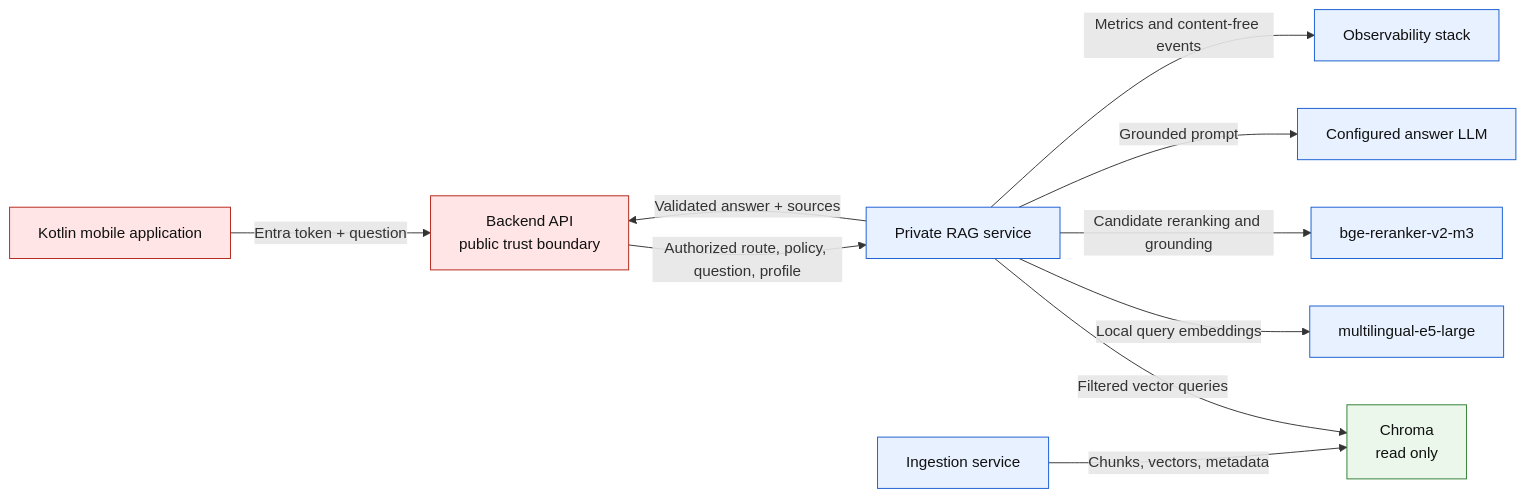
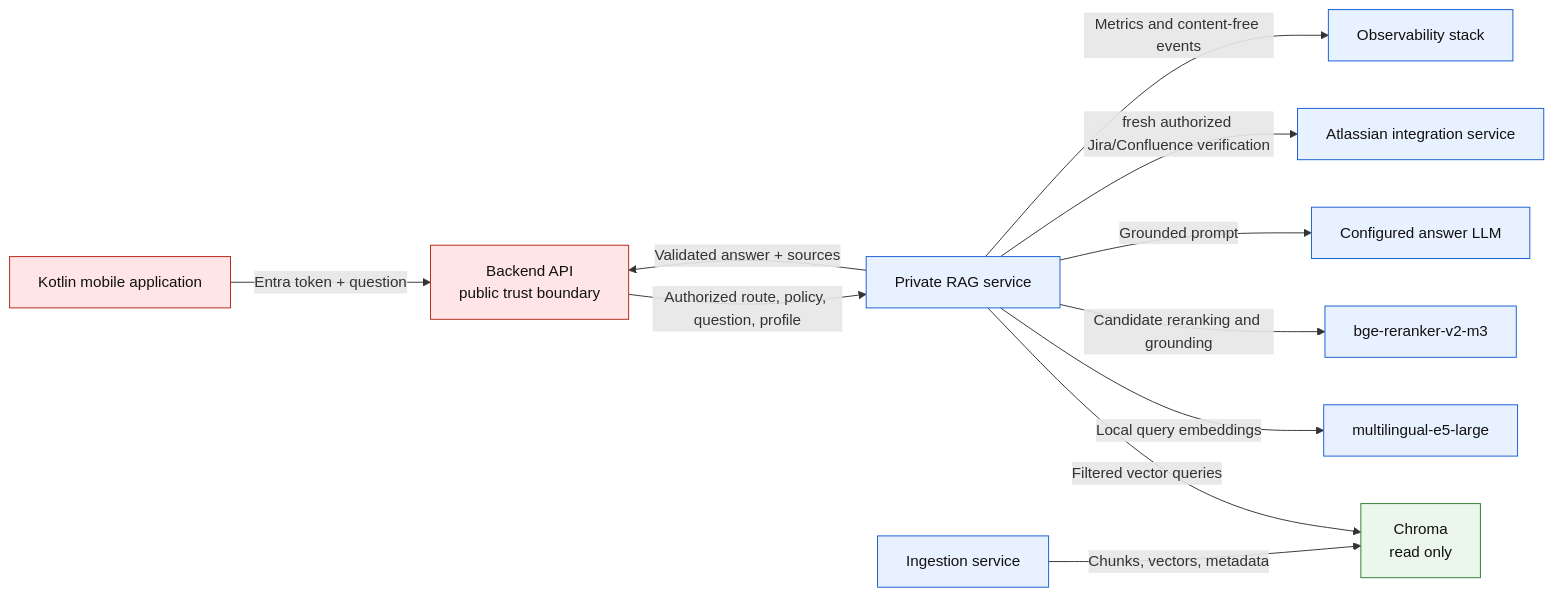
Before and after one commit to naveenrajElangovan/project-intelligence-rag: the first of 4 diagrams in docs/CURRENT_ARCHITECTURE.md, drawn with Mermaid. The commit also changed other lines of this file and 1 other file, not shown here.

Commit message:
docs: update provider and model architecture

````diff
--- a/docs/CURRENT_ARCHITECTURE.md
+++ b/docs/CURRENT_ARCHITECTURE.md
@@ -37,20 +37,21 @@
 ```mermaid
 flowchart LR
     U["Kotlin mobile application"] -->|"Entra token + question"| B["Backend API\npublic trust boundary"]
     B -->|"Authorized route, policy, question, profile"| R["Private RAG service"]
     R -->|"Filtered vector queries"| C["Chroma\nread only"]
     R -->|"Local query embeddings"| E["multilingual-e5-large"]
     R -->|"Candidate reranking and grounding"| X["bge-reranker-v2-m3"]
     R -->|"Grounded prompt"| L["Configured answer LLM"]
+    R -->|"fresh authorized Jira/Confluence verification"| A["Atlassian integration service"]
     R -->|"Metrics and content-free events"| O["Observability stack"]
     R -->|"Validated answer + sources"| B
 
     I["Ingestion service"] -->|"Chunks, vectors, metadata"| C
 
     classDef public fill:#ffe5e5,stroke:#b42318,color:#111;
     classDef private fill:#e8f1ff,stroke:#175cd3,color:#111;
     classDef data fill:#eaf7ea,stroke:#2e7d32,color:#111;
     class U,B public;
-    class R,E,X,L,O,I private;
+    class R,E,X,L,A,O,I private;
     class C data;
 ```
````
